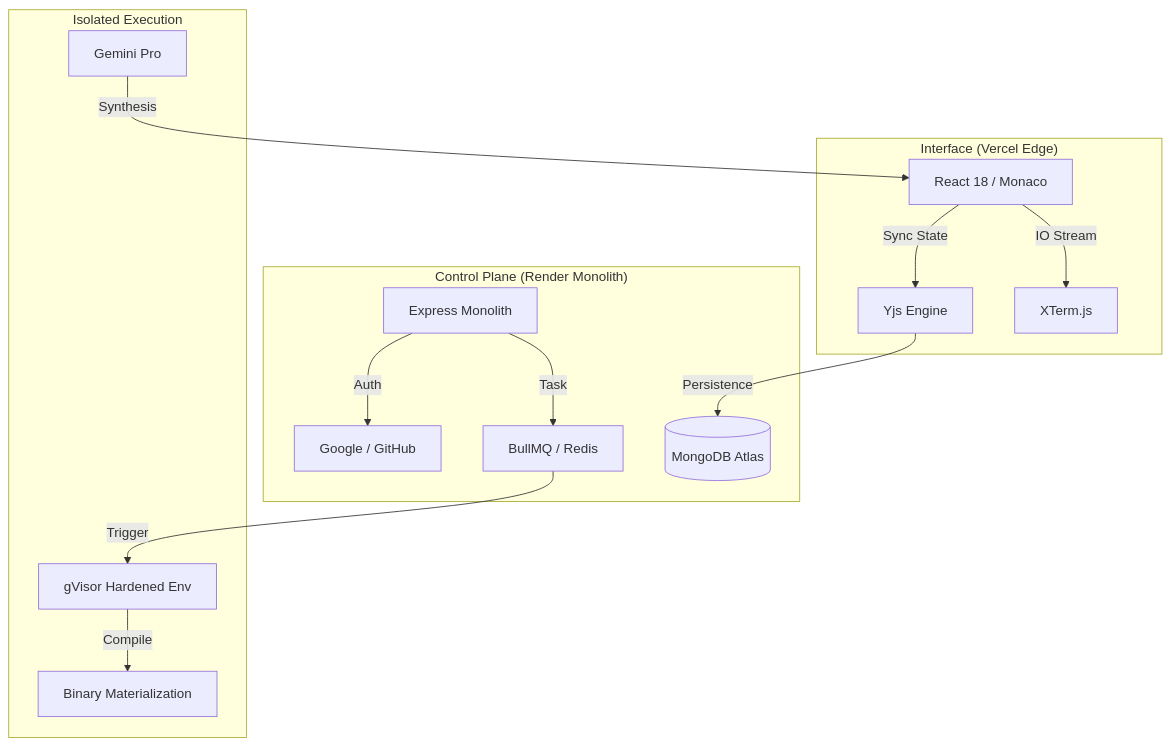
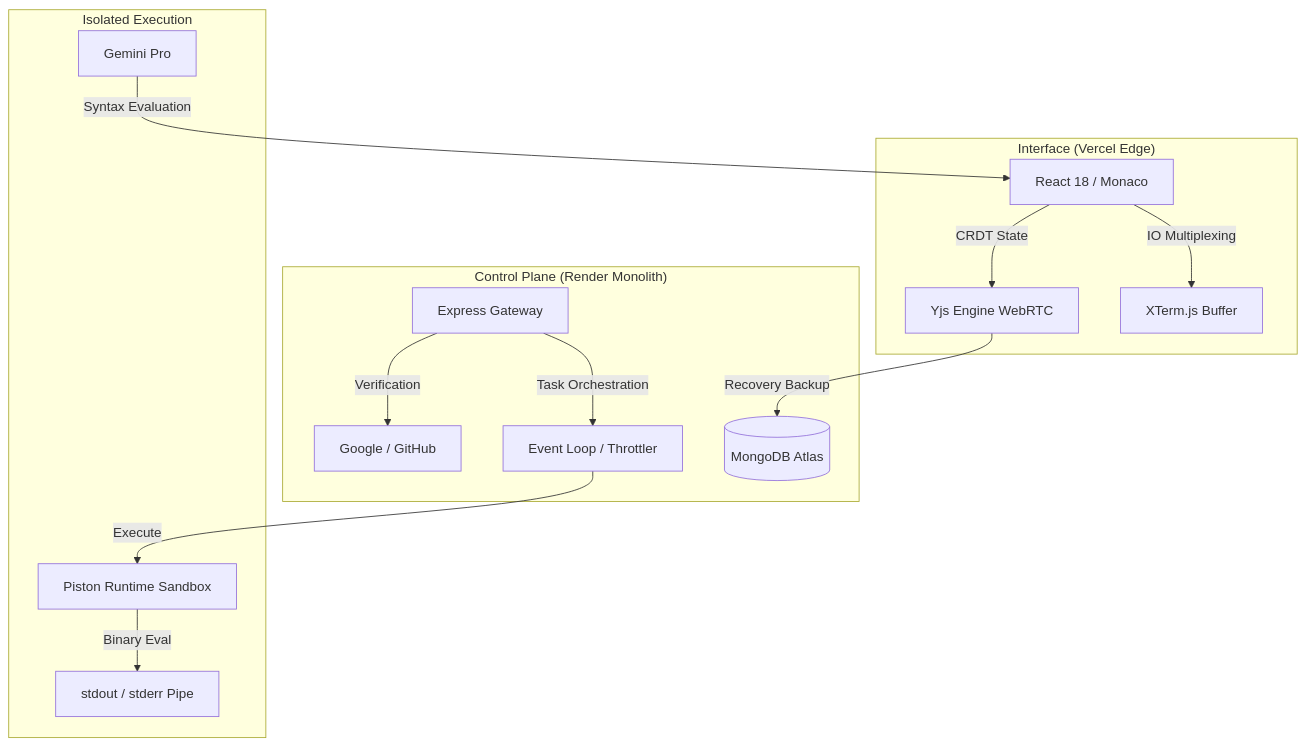
Before and after one commit to syedmukheeth/SAM-Compiler: the diagram in README.md, drawn with Mermaid. The commit also changed other lines of this file, not shown here.

Commit message:
docs: finalize pro Big Tech portfolio README with system architecture, stack and placeholders

````diff
--- a/README.md
+++ b/README.md
@@ -53,19 +83,19 @@
 ```mermaid
 graph TD
     subgraph "Interface (Vercel Edge)"
-        UI[React 18 / Monaco] -->|Sync State| CRDT[Yjs Engine]
-        UI -->|IO Stream| Term[XTerm.js]
+        UI[React 18 / Monaco] -->|CRDT State| CRDT[Yjs Engine WebRTC]
+        UI -->|IO Multiplexing| Term[XTerm.js Buffer]
     end
 
     subgraph "Control Plane (Render Monolith)"
-        API[Express Monolith] -->|Auth| OAuth[Google / GitHub]
-        API -->|Task| Queue[BullMQ / Redis]
-        CRDT -->|Persistence| DB[(MongoDB Atlas)]
+        API[Express Gateway] -->|Verification| OAuth[Google / GitHub]
+        API -->|Task Orchestration| Queue[Event Loop / Throttler]
+        CRDT -->|Recovery Backup| DB[(MongoDB Atlas)]
     end
 
     subgraph "Isolated Execution"
-        Queue -->|Trigger| Docker[gVisor Hardened Env]
-        Docker -->|Compile| Bin[Binary Materialization]
-        AI[Gemini Pro] -->|Synthesis| UI
+        Queue -->|Execute| Docker[Piston Runtime Sandbox]
+        Docker -->|Binary Eval| Bin[stdout / stderr Pipe]
+        AI[Gemini Pro] -->|Syntax Evaluation| UI
     end
 ```
````
